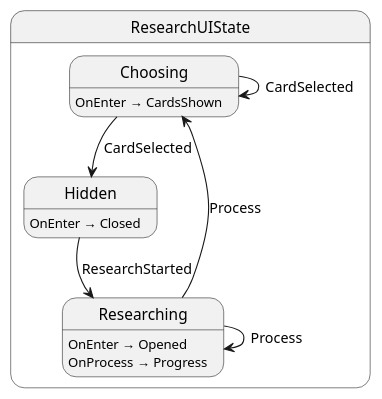
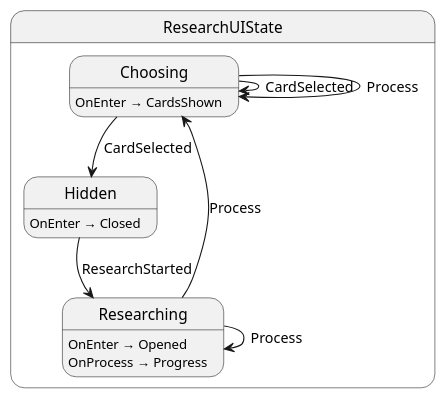
Before and after one commit to Ygoat/EternalJourney: the diagram in src/research_ui/state/ResearchUILogic.g.puml, drawn with PlantUML. The commit also changed 63 other files, not shown here.

```diff
--- a/src/research_ui/state/ResearchUILogic.g.puml
+++ b/src/research_ui/state/ResearchUILogic.g.puml
@@ -1,18 +1,19 @@
 @startuml ResearchUIState
 state "ResearchUIState" as EternalJourney_ResearchUI_State_ResearchUIState {
   state "Choosing" as EternalJourney_ResearchUI_State_ResearchUIState_Choosing
   state "Hidden" as EternalJourney_ResearchUI_State_ResearchUIState_Hidden
   state "Researching" as EternalJourney_ResearchUI_State_ResearchUIState_Researching
 }
 
 EternalJourney_ResearchUI_State_ResearchUIState_Choosing --> EternalJourney_ResearchUI_State_ResearchUIState_Choosing : CardSelected
+EternalJourney_ResearchUI_State_ResearchUIState_Choosing --> EternalJourney_ResearchUI_State_ResearchUIState_Choosing : Process
 EternalJourney_ResearchUI_State_ResearchUIState_Choosing --> EternalJourney_ResearchUI_State_ResearchUIState_Hidden : CardSelected
 EternalJourney_ResearchUI_State_ResearchUIState_Hidden --> EternalJourney_ResearchUI_State_ResearchUIState_Researching : ResearchStarted
 EternalJourney_ResearchUI_State_ResearchUIState_Researching --> EternalJourney_ResearchUI_State_ResearchUIState_Choosing : Process
 EternalJourney_ResearchUI_State_ResearchUIState_Researching --> EternalJourney_ResearchUI_State_ResearchUIState_Researching : Process
 
 EternalJourney_ResearchUI_State_ResearchUIState_Choosing : OnEnter → CardsShown
 EternalJourney_ResearchUI_State_ResearchUIState_Hidden : OnEnter → Closed
 EternalJourney_ResearchUI_State_ResearchUIState_Researching : OnEnter → Opened
 EternalJourney_ResearchUI_State_ResearchUIState_Researching : OnProcess → Progress
 @enduml
```
